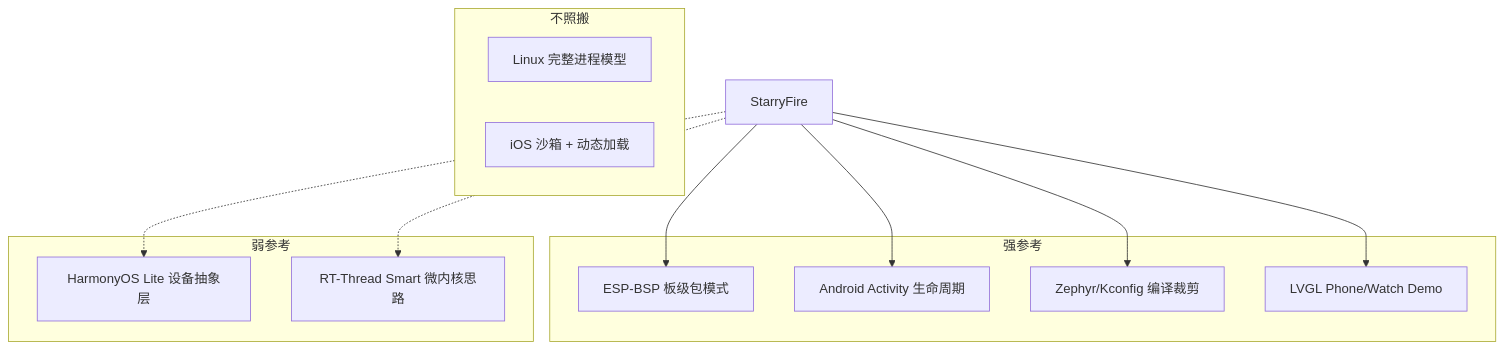
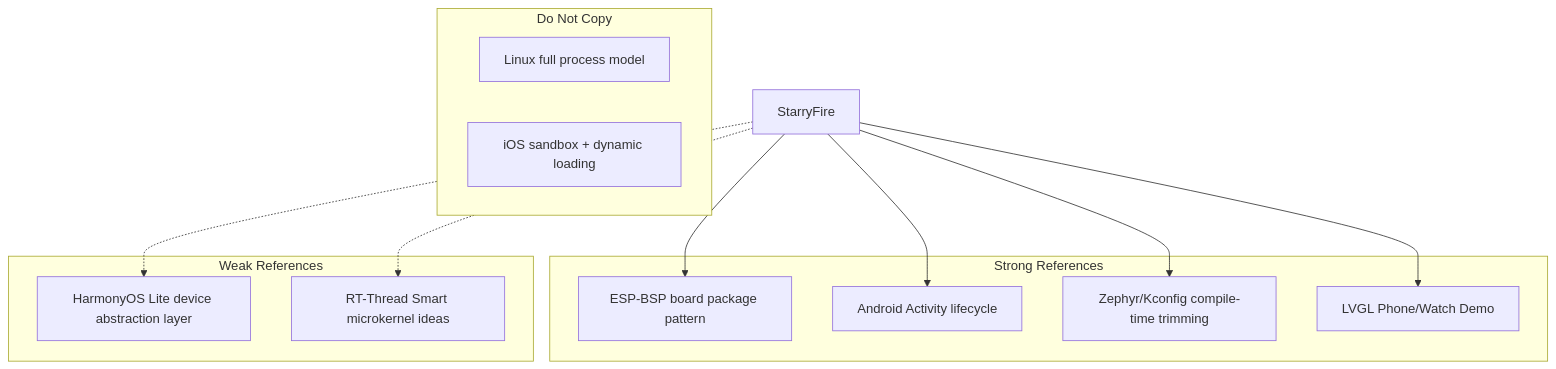
One commit to zhangxingliao/StarryFire changed the first of 4 diagrams in docs/DESIGN.md. Above: the diagram before and after it, drawn with Mermaid. The commit also changed other lines of this file and 1 other file, not shown here.

````diff
--- a/docs/DESIGN.md
+++ b/docs/DESIGN.md
@@ -66,19 +66,19 @@
 ```mermaid
 graph TB
-    subgraph 强参考
-        A[ESP-BSP 板级包模式]
-        B[Android Activity 生命周期]
-        C[Zephyr/Kconfig 编译裁剪]
+    subgraph Strong References
+        A[ESP-BSP board package pattern]
+        B[Android Activity lifecycle]
+        C[Zephyr/Kconfig compile-time trimming]
         D[LVGL Phone/Watch Demo]
     end
-    subgraph 弱参考
-        E[HarmonyOS Lite 设备抽象层]
-        F[RT-Thread Smart 微内核思路]
+    subgraph Weak References
+        E[HarmonyOS Lite device abstraction layer]
+        F[RT-Thread Smart microkernel ideas]
     end
-    subgraph 不照搬
-        G[Linux 完整进程模型]
-        H[iOS 沙箱 + 动态加载]
+    subgraph Do Not Copy
+        G[Linux full process model]
+        H[iOS sandbox + dynamic loading]
     end
     StarryFire --> A & B & C & D
     StarryFire -.-> E & F
 ```
````
